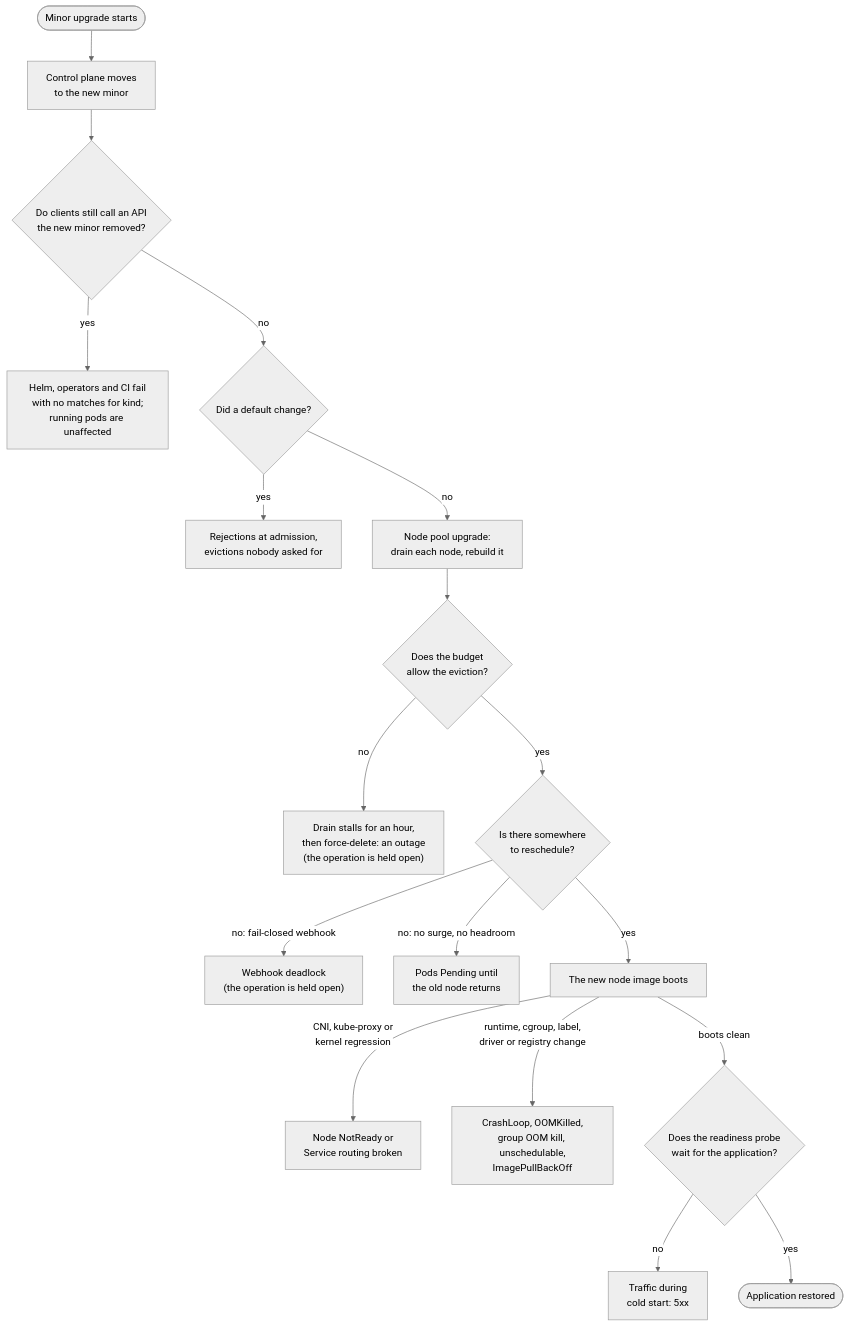
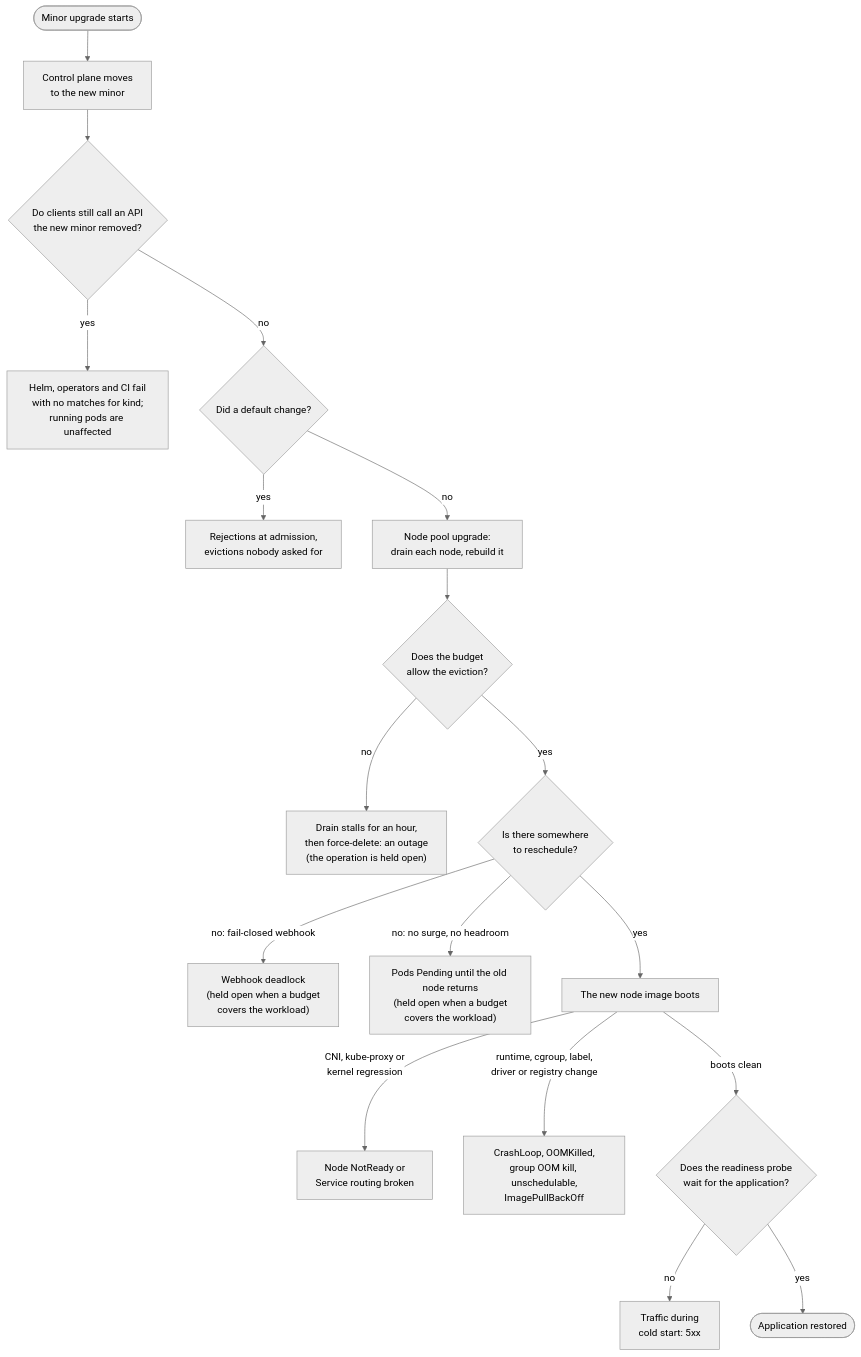
The diagram in docs/designs/upgrade-failure-catalogue.md (gke-labs/kube-agents), drawn with Mermaid (neutral theme) before and after one commit. The commit also changed other lines of this file, not shown here.

````diff
--- a/docs/designs/upgrade-failure-catalogue.md
+++ b/docs/designs/upgrade-failure-catalogue.md
@@ -80,20 +82,20 @@
 ```mermaid
 flowchart TD
     Start([Minor upgrade starts]) --> CP[Control plane moves<br/>to the new minor]
     CP --> Removed{Do clients still call an API<br/>the new minor removed?}
     Removed -- yes --> APIDep["Helm, operators and CI fail<br/>with no matches for kind;<br/>running pods are unaffected"]
     Removed -- no --> Defaults{Did a default change?}
     Defaults -- yes --> Adm["Rejections at admission,<br/>evictions nobody asked for"]
     Defaults -- no --> Pool[Node pool upgrade:<br/>drain each node, rebuild it]
     Pool --> PDB{Does the budget<br/>allow the eviction?}
     PDB -- no --> Stall["Drain stalls for an hour,<br/>then force-delete: an outage<br/>(the operation is held open)"]
     PDB -- yes --> Room{Is there somewhere<br/>to reschedule?}
-    Room -- "no: fail-closed webhook" --> Deadlock["Webhook deadlock<br/>(the operation is held open)"]
-    Room -- "no: no surge, no headroom" --> Pending["Pods Pending until<br/>the old node returns"]
+    Room -- "no: fail-closed webhook" --> Deadlock["Webhook deadlock<br/>(held open when a budget<br/>covers the workload)"]
+    Room -- "no: no surge, no headroom" --> Pending["Pods Pending until the old node returns<br/>(held open when a budget<br/>covers the workload)"]
     Room -- yes --> Image[The new node image boots]
     Image -- "CNI, kube-proxy or<br/>kernel regression" --> Net[Node NotReady or<br/>Service routing broken]
     Image -- "runtime, cgroup, label,<br/>driver or registry change" --> Crash["CrashLoop, OOMKilled,<br/>group OOM kill, unschedulable,<br/>ImagePullBackOff"]
     Image -- boots clean --> Ready{Does the readiness probe<br/>wait for the application?}
     Ready -- no --> Cold[Traffic during<br/>cold start: 5xx]
     Ready -- yes --> OK([Application restored])
 ```
````
